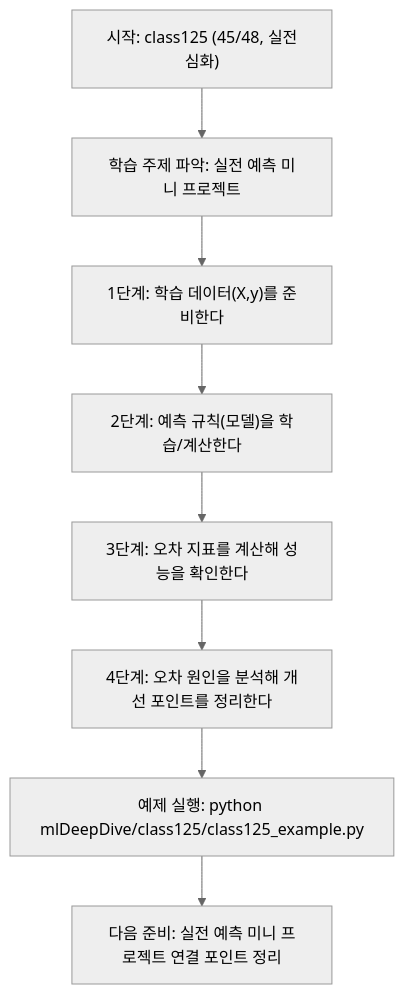
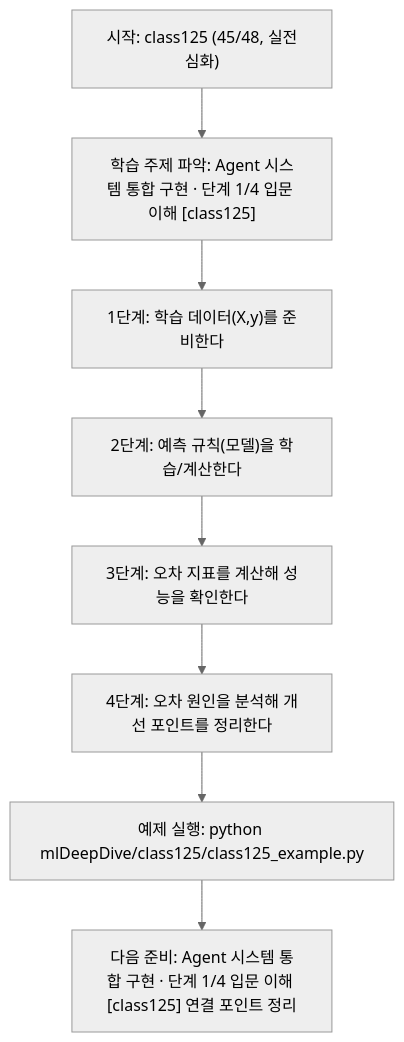
The diagram in mlDeepDive/class125/class125.md (edumgt/Python-AI_Agent-Class), drawn with Mermaid (neutral theme) before and after one commit. The commit also changed other lines of this file and 522 other files, not shown here.

````diff
--- a/mlDeepDive/class125/class125.md
+++ b/mlDeepDive/class125/class125.md
@@ -110,18 +111,18 @@
 ```mermaid
 flowchart TD
 N1["시작: class125 (45/48, 실전심화)"]
-N2["학습 주제 파악: 실전 예측 미니 프로젝트"]
+N2["학습 주제 파악: Agent 시스템 통합 구현 · 단계 1/4 입문 이해 [class125]"]
 N3["1단계: 학습 데이터(X,y)를 준비한다"]
 N4["2단계: 예측 규칙(모델)을 학습/계산한다"]
 N5["3단계: 오차 지표를 계산해 성능을 확인한다"]
 N6["4단계: 오차 원인을 분석해 개선 포인트를 정리한다"]
 N7["예제 실행: python mlDeepDive/class125/class125_example.py"]
-N8["다음 준비: 실전 예측 미니 프로젝트 연결 포인트 정리"]
+N8["다음 준비: Agent 시스템 통합 구현 · 단계 1/4 입문 이해 [class125] 연결 포인트 정리"]
 N1 --> N2
 N2 --> N3
 N3 --> N4
 N4 --> N5
 N5 --> N6
 N6 --> N7
 N7 --> N8
 ```
````
